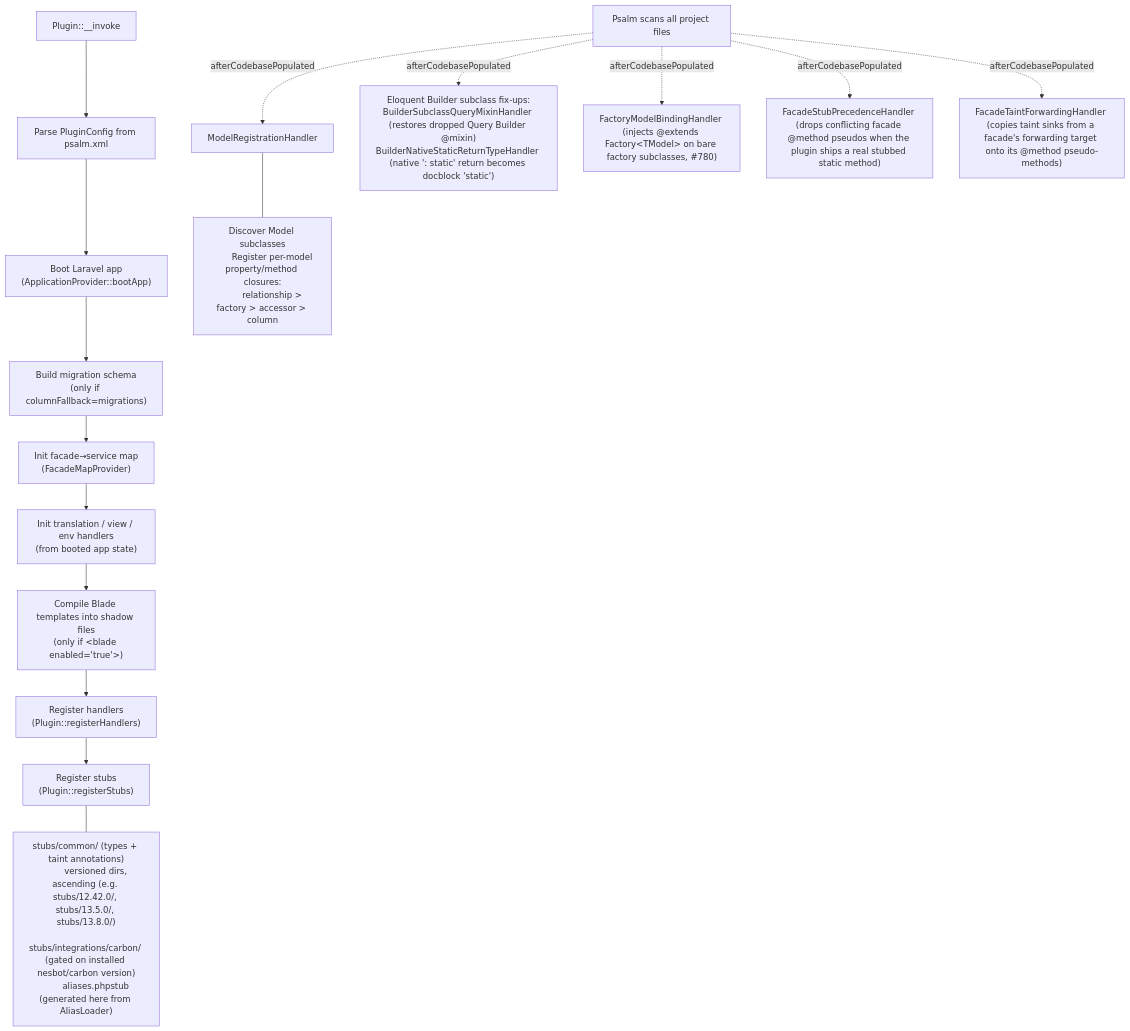
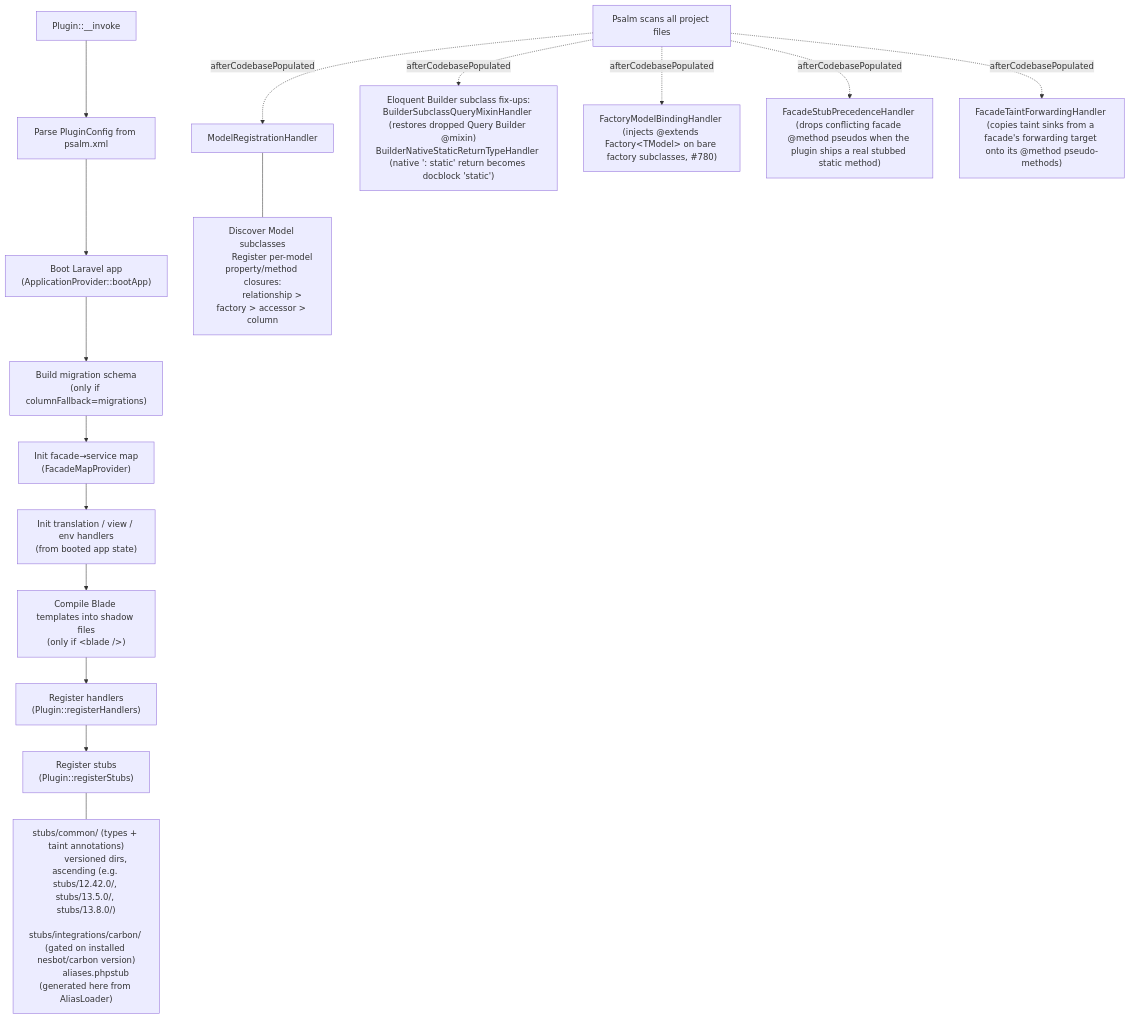
One commit to psalm/psalm-plugin-laravel changed the first of 2 diagrams in docs/contributing/README.md. Above: the diagram before and after it, drawn with Mermaid. The commit also changed other lines of this file and 32 other files, not shown here.

````diff
--- a/docs/contributing/README.md
+++ b/docs/contributing/README.md
@@ -19,29 +19,29 @@
 ```mermaid
 flowchart TD
     A["Plugin::__invoke"] --> B["Parse PluginConfig from psalm.xml"]
     B --> C["Boot Laravel app\n(ApplicationProvider::bootApp)"]
     C --> D["Build migration schema\n(only if columnFallback=migrations)"]
     D --> E["Init facade→service map\n(FacadeMapProvider)"]
     E --> F["Init translation / view / env handlers\n(from booted app state)"]
-    F --> BL["Compile Blade templates into shadow files\n(only if &lt;blade enabled='true'&gt;)"]
+    F --> BL["Compile Blade templates into shadow files\n(only if &lt;blade /&gt;)"]
     BL --> G["Register handlers\n(Plugin::registerHandlers)"]
     G --> H["Register stubs\n(Plugin::registerStubs)"]
 
     H --- stubs["
         stubs/common/ (types + taint annotations)
         versioned dirs, ascending (e.g. stubs/12.42.0/, stubs/13.5.0/, stubs/13.8.0/)
         stubs/integrations/carbon/ (gated on installed nesbot/carbon version)
         aliases.phpstub (generated here from AliasLoader)
     "]
 
     I["Psalm scans all project files"] -.->|afterCodebasePopulated| J["ModelRegistrationHandler"]
     I -.->|afterCodebasePopulated| K["Eloquent Builder subclass fix-ups:\nBuilderSubclassQueryMixinHandler (restores dropped Query Builder @mixin)\nBuilderNativeStaticReturnTypeHandler (native ': static' return becomes docblock 'static')"]
     I -.->|afterCodebasePopulated| FMB["FactoryModelBindingHandler (injects @extends Factory&lt;TModel&gt; on bare factory subclasses, #780)"]
     I -.->|afterCodebasePopulated| FSP["FacadeStubPrecedenceHandler (drops conflicting facade @method pseudos when the plugin ships a real stubbed static method)"]
     I -.->|afterCodebasePopulated| FTF["FacadeTaintForwardingHandler (copies taint sinks from a facade's forwarding target onto its @method pseudo-methods)"]
     J --- models["
         Discover Model subclasses
         Register per-model property/method closures:
         relationship > factory > accessor > column
     "]
 ```
````
